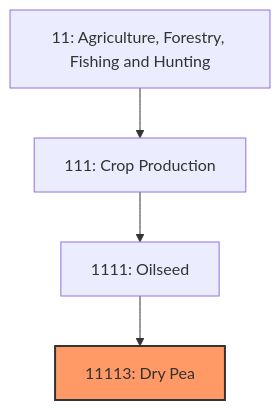
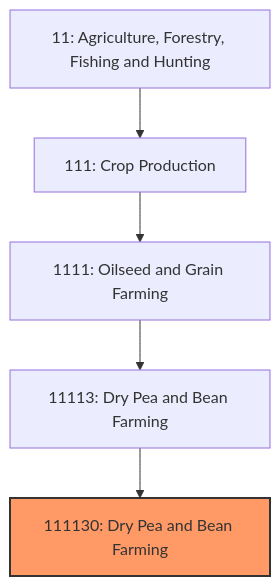
Before and after one commit to kziemski/business.org.ai: the first of 3 diagrams in industries/Agriculture/CropProduction/Oilseed/DryPea.mdx, drawn with Mermaid. The commit also changed other lines of this file and 67 other files, not shown here.

````diff
--- a/industries/Agriculture/CropProduction/Oilseed/DryPea.mdx
+++ b/industries/Agriculture/CropProduction/Oilseed/DryPea.mdx
@@ -20,8 +34,9 @@
 ```mermaid
 graph TD
     S11["11: Agriculture, Forestry, Fishing and Hunting"]
     S11 --> N111["111: Crop Production"]
-    N111 --> N1111["1111: Oilseed"]
-    N1111 --> N11113["11113: Dry Pea"]
-    style N11113 fill:#f96,stroke:#333,stroke-width:2px
+    N111 --> N1111["1111: Oilseed and Grain Farming"]
+    N1111 --> N11113["11113: Dry Pea and Bean Farming"]
+    N11113 --> N111130["111130: Dry Pea and Bean Farming"]
+    style N111130 fill:#f96,stroke:#333,stroke-width:2px
 ```
````
